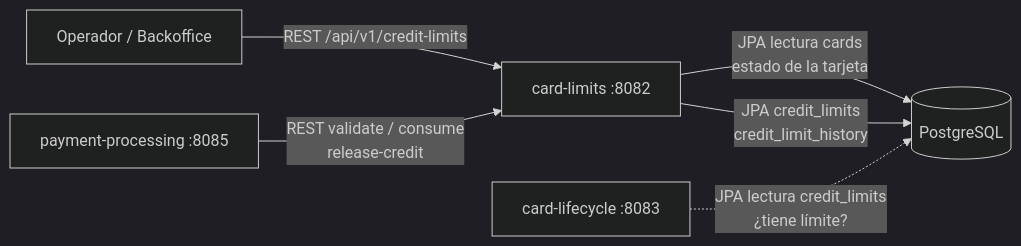
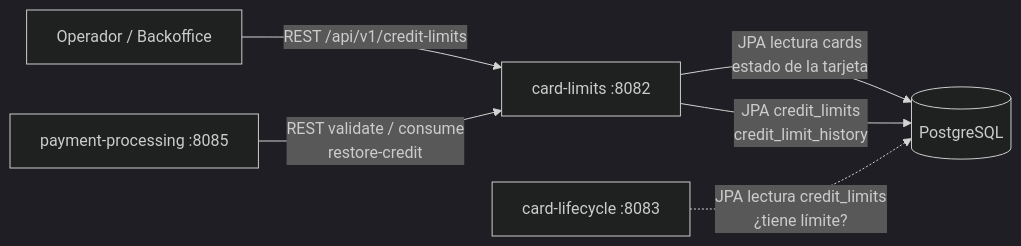
Before and after one commit to creditcard-managment/card-managment-service: the first of 3 diagrams in docs/technical/LIMITS.md, drawn with Mermaid (dark theme). The commit also changed other lines of this file and 53 other files, not shown here.

````diff
--- a/docs/technical/LIMITS.md
+++ b/docs/technical/LIMITS.md
@@ -22,8 +22,8 @@
 ```mermaid
 flowchart LR
     Op[Operador / Backoffice] -->|REST /api/v1/credit-limits| CLM[card-limits :8082]
     CLM -->|JPA lectura cards<br/>estado de la tarjeta| DB[(PostgreSQL)]
     CLM -->|JPA credit_limits<br/>credit_limit_history| DB
     LC[card-lifecycle :8083] -.->|JPA lectura credit_limits<br/>¿tiene límite?| DB
-    PP[payment-processing :8085] -->|REST validate / consume<br/>release-credit| CLM
+    PP[payment-processing :8085] -->|REST validate / consume<br/>restore-credit| CLM
 ```
````
